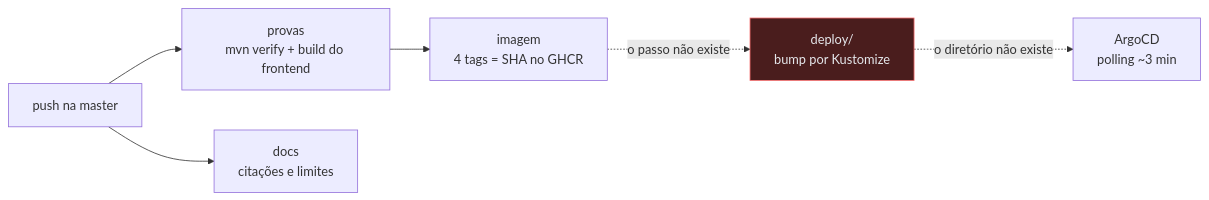
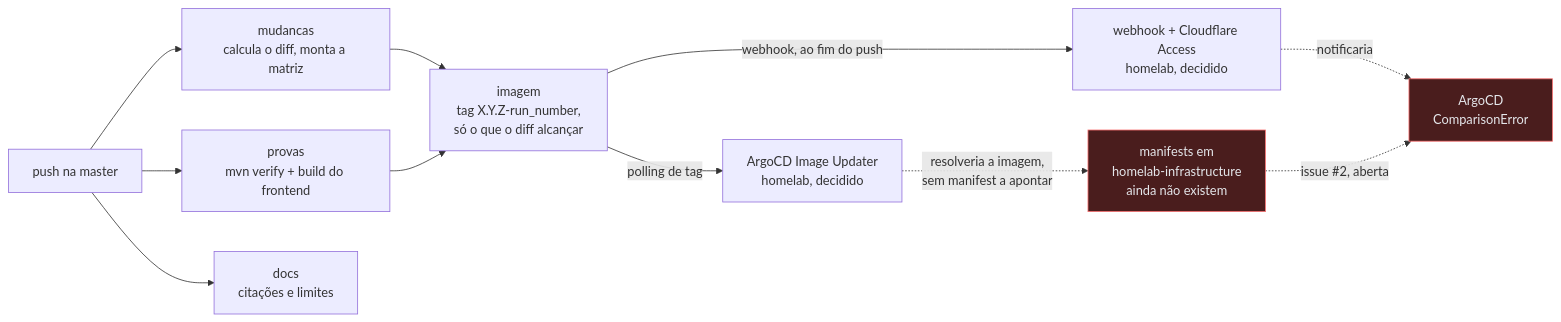
The third of 3 diagrams in docs/architecture/integrations.md (da0hn/distributed-systems-experiment-lab), drawn with Mermaid before and after one commit. The commit also changed other lines of this file and 9 other files, not shown here.

First line of the commit message:
docs(entrega): Tira o deploy daqui e dá tag semântica à imagem

````diff
--- a/docs/architecture/integrations.md
+++ b/docs/architecture/integrations.md
@@ -208,14 +214,22 @@
 ```mermaid
 flowchart LR
     P["push na master"]
+    MU["mudancas<br/>calcula o diff, monta a matriz"]
     PR["provas<br/>mvn verify + build do frontend"]
-    IM["imagem<br/>4 tags = SHA no GHCR"]
-    DP["deploy/<br/>bump por Kustomize"]
-    AR["ArgoCD<br/>polling ~3 min"]
+    IM["imagem<br/>tag X.Y.Z-run_number,<br/>só o que o diff alcançar"]
+    IU["ArgoCD Image Updater<br/>homelab, decidido"]
+    WH["webhook + Cloudflare Access<br/>homelab, decidido"]
+    M["manifests em<br/>homelab-infrastructure<br/>ainda não existem"]
+    AR["ArgoCD<br/>ComparisonError"]
     DC["docs<br/>citações e limites"]
+    P --> MU --> IM
     P --> PR --> IM
     P --> DC
-    IM -.->|" o passo não existe "| DP
-    DP -.->|" o diretório não existe "| AR
-    style DP fill: #4a1d1d, stroke: #f87171, color: #e5e7eb
+    IM -->|" polling de tag "| IU
+    IM -->|" webhook, ao fim do push "| WH
+    IU -.->|" resolveria a imagem,<br/>sem manifest a apontar "| M
+    WH -.->|" notificaria "| AR
+    M -.->|" issue #2, aberta "| AR
+    style M fill: #4a1d1d, stroke: #f87171, color: #e5e7eb
+    style AR fill: #4a1d1d, stroke: #f87171, color: #e5e7eb
 ```
````
